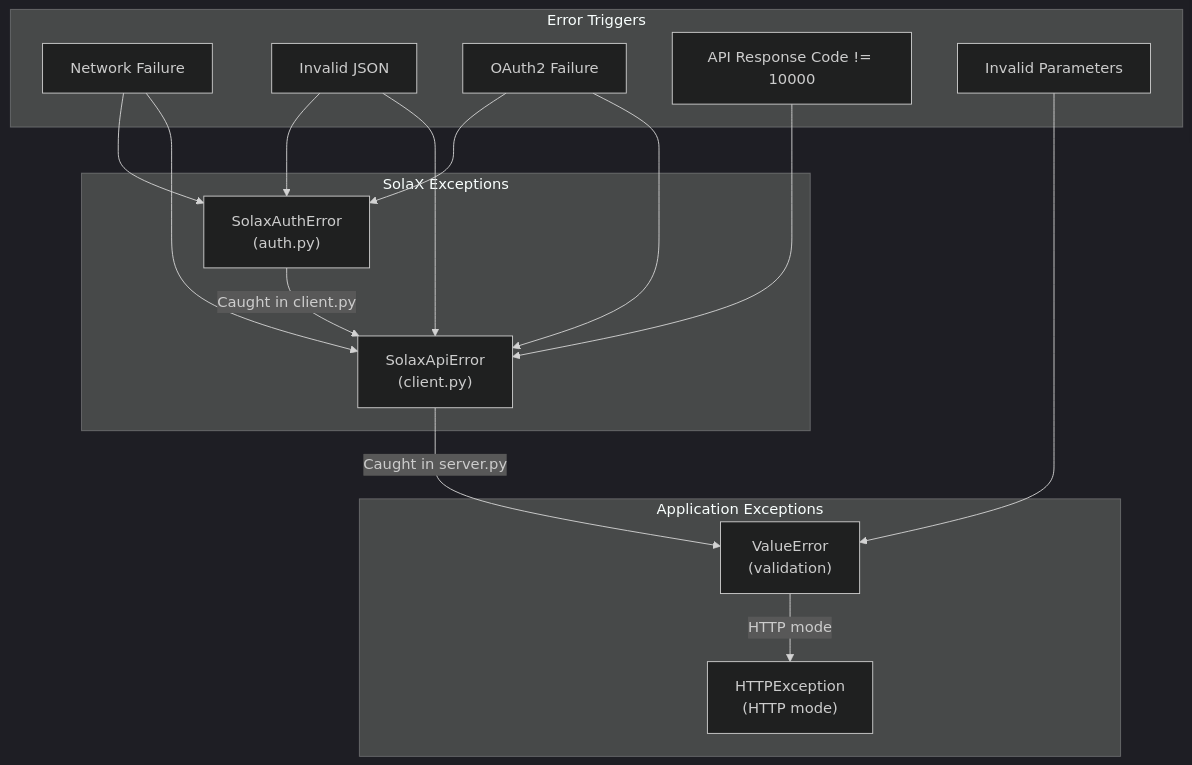
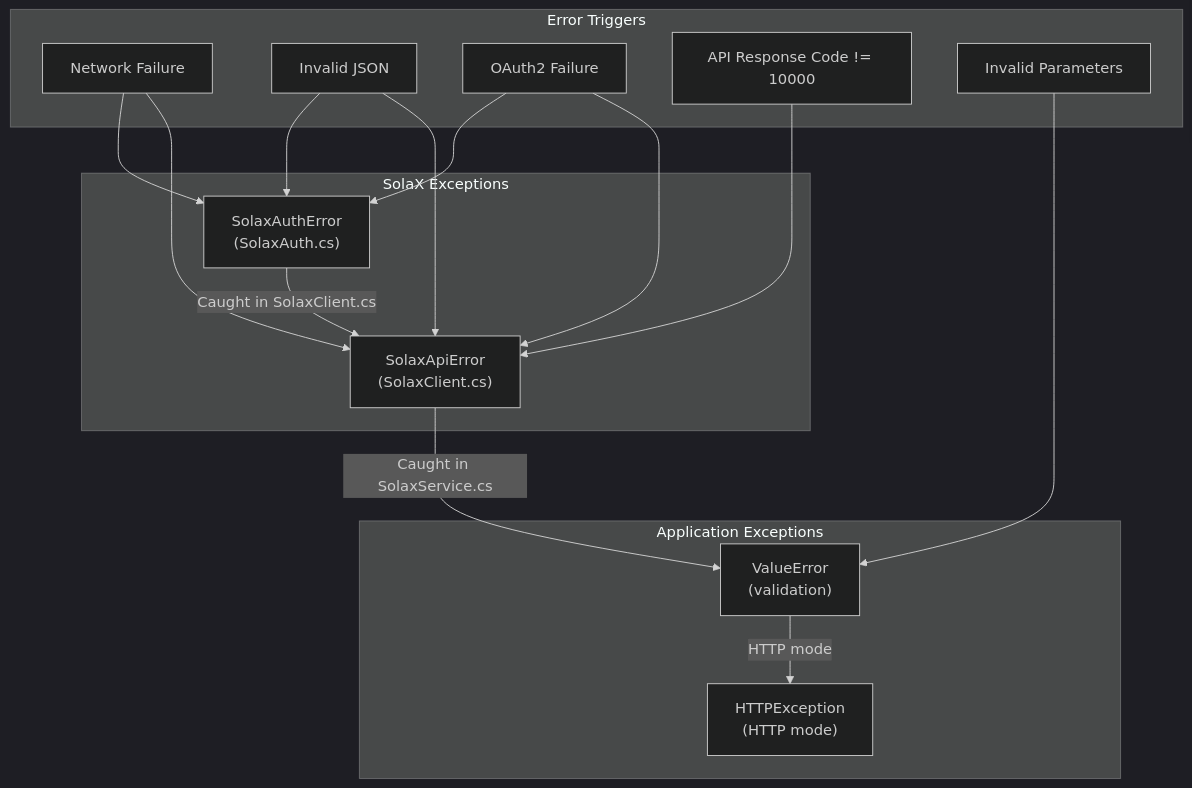
One commit to tomkor/solax-cloud-mcp changed the eighth of 12 diagrams in ARCHITECTURE.md. Above: the diagram before and after it, drawn with Mermaid (dark theme). The commit also changed other lines of this file and 73 other files, not shown here.

````diff
--- a/ARCHITECTURE.md
+++ b/ARCHITECTURE.md
@@ -412,35 +414,35 @@
 ```mermaid
 graph TB
     subgraph "SolaX Exceptions"
-        Auth["SolaxAuthError<br/>(auth.py)"]
-        API["SolaxApiError<br/>(client.py)"]
+        Auth["SolaxAuthError<br/>(SolaxAuth.cs)"]
+        API["SolaxApiError<br/>(SolaxClient.cs)"]
     end
     
     subgraph "Application Exceptions"
         Value["ValueError<br/>(validation)"]
         HTTP["HTTPException<br/>(HTTP mode)"]
     end
     
     subgraph "Error Triggers"
         NetFail["Network Failure"]
         JSONFail["Invalid JSON"]
         AuthFail["OAuth2 Failure"]
         APIErr["API Response Code != 10000"]
         BadParam["Invalid Parameters"]
     end
     
     NetFail --> Auth
     JSONFail --> Auth
     AuthFail --> Auth
     
     NetFail --> API
     JSONFail --> API
     APIErr --> API
     AuthFail --> API
     
     BadParam --> Value
     
-    Auth -->|Caught in client.py| API
-    API -->|Caught in server.py| Value
+    Auth -->|Caught in SolaxClient.cs| API
+    API -->|Caught in SolaxService.cs| Value
     Value -->|HTTP mode| HTTP
 ```
````
